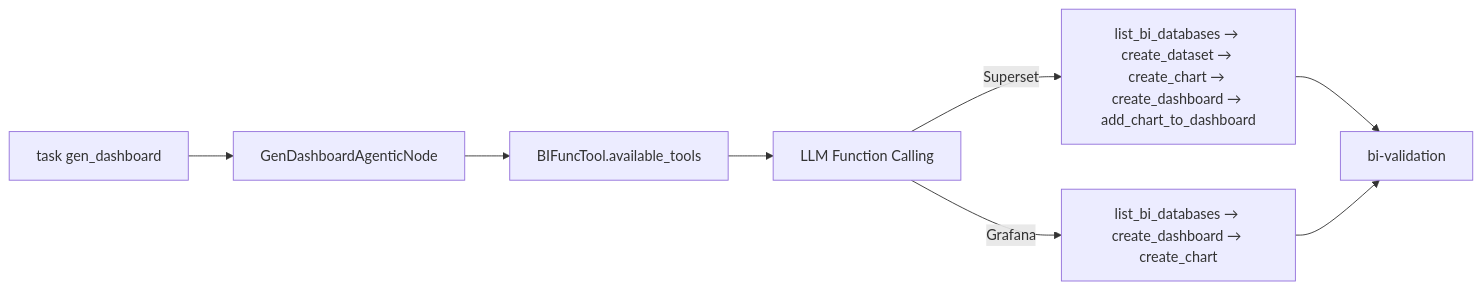
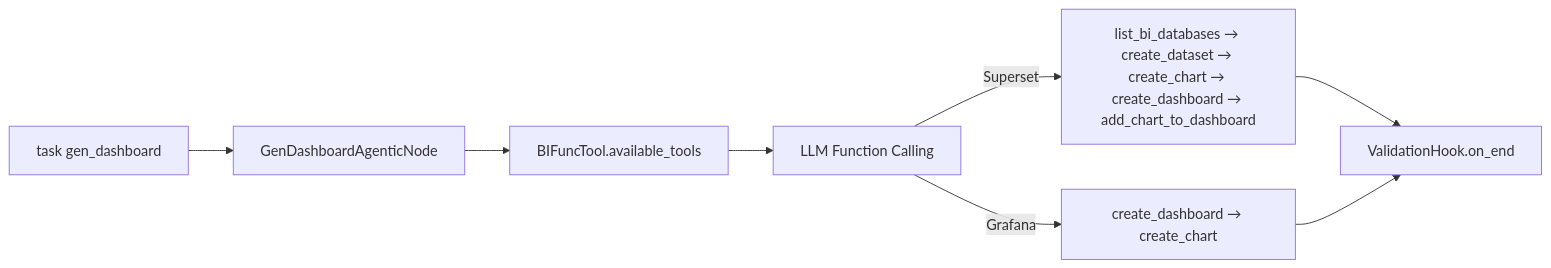
The seventh of 8 diagrams in docs/subagent/builtin_subagents.md (Datus-ai/Datus-agent), drawn with Mermaid before and after one commit. The commit also changed other lines of this file and 33 other files, not shown here.

````diff
--- a/docs/subagent/builtin_subagents.md
+++ b/docs/subagent/builtin_subagents.md
@@ -1042,10 +1042,10 @@
 ```mermaid
 graph LR
     A[task gen_dashboard] --> C[GenDashboardAgenticNode]
     C --> D[BIFuncTool.available_tools]
     D --> E[LLM Function Calling]
     E -->|Superset| F[list_bi_databases → create_dataset → create_chart → create_dashboard → add_chart_to_dashboard]
-    E -->|Grafana| G[list_bi_databases → create_dashboard → create_chart]
-    F --> H[bi-validation]
+    E -->|Grafana| G[create_dashboard → create_chart]
+    F --> H[ValidationHook.on_end]
     G --> H
 ```
````
